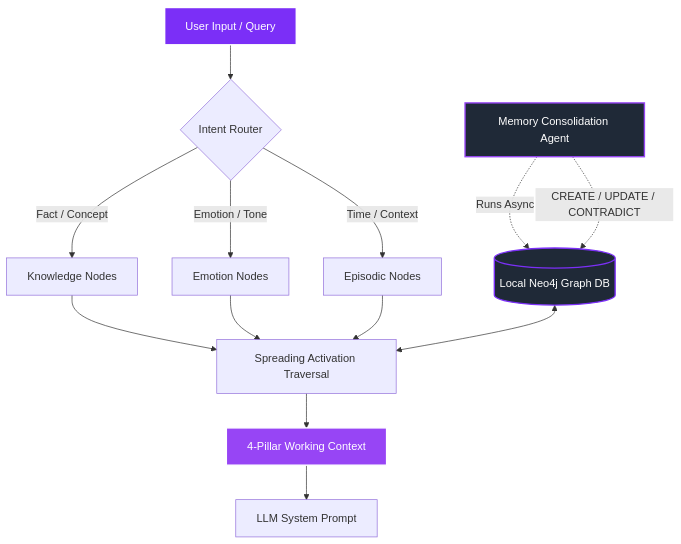
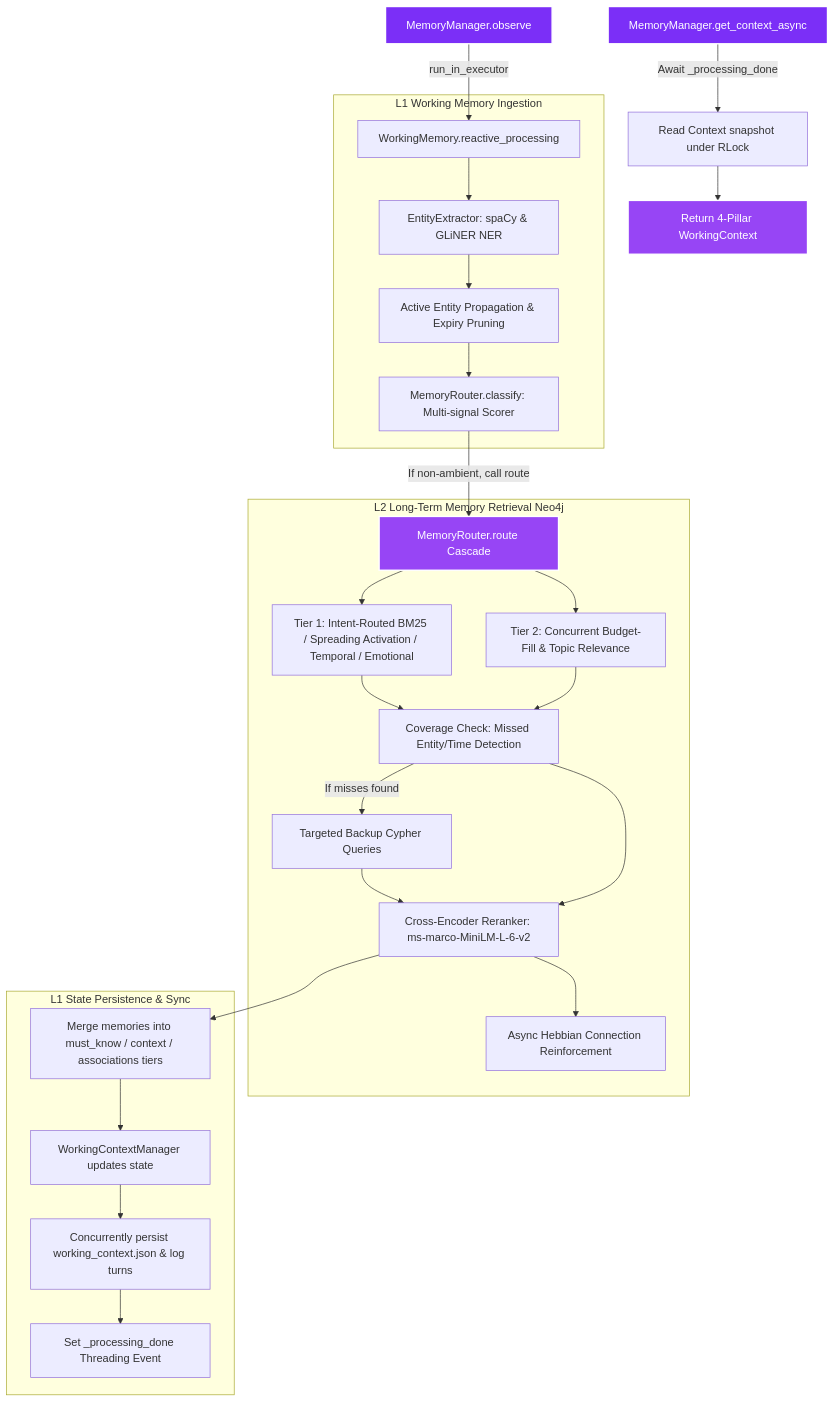
Before and after one commit to zafar-TechWizard/zafar-TechWizard: the first of 2 diagrams in README.md, drawn with Mermaid. The commit also changed other lines of this file, not shown here.

Commit message:
docs: update project showcases in README with detailed cognitive memory architecture and agentic loop diagrams

````diff
--- a/README.md
+++ b/README.md
@@ -51,25 +51,39 @@
 ```mermaid
 graph TD
-    %% Query Flow
-    UserQuery[User Input / Query] --> IntentRouter{Intent Router}
-    IntentRouter -->|Fact / Concept| FactPath[Knowledge Nodes]
-    IntentRouter -->|Emotion / Tone| EmotionPath[Emotion Nodes]
-    IntentRouter -->|Time / Context| TemporalPath[Episodic Nodes]
+    %% Ingestion Gate
+    Observe[MemoryManager.observe] -->|run_in_executor| Reactive[WorkingMemory.reactive_processing]
     
-    FactPath --> SpreadingActivation[Spreading Activation Traversal]
-    EmotionPath --> SpreadingActivation
-    TemporalPath --> SpreadingActivation
+    subgraph L1 Working Memory Ingestion
+        Reactive --> Extraction[EntityExtractor: spaCy & GLiNER NER]
+        Extraction --> Propagate[Active Entity Propagation & Expiry Pruning]
+        Propagate --> IntentClass[MemoryRouter.classify: Multi-signal Scorer]
+    end
+
+    IntentClass -->|If non-ambient, call route| RouteCascade[MemoryRouter.route Cascade]
+
+    subgraph L2 Long-Term Memory Retrieval Neo4j
+        RouteCascade --> Tier1[Tier 1: Intent-Routed BM25 / Spreading Activation / Temporal / Emotional]
+        RouteCascade --> Tier2[Tier 2: Concurrent Budget-Fill & Topic Relevance]
+        Tier1 & Tier2 --> Coverage[Coverage Check: Missed Entity/Time Detection]
+        Coverage -->|If misses found| Backups[Targeted Backup Cypher Queries]
+        Backups & Coverage --> Rerank[Cross-Encoder Reranker: ms-marco-MiniLM-L-6-v2]
+        Rerank --> Reinforce[Async Hebbian Connection Reinforcement]
+    end
+
+    Rerank --> Merge[Merge memories into must_know / context / associations tiers]
     
-    SpreadingActivation --> ContextSynthesis[4-Pillar Working Context]
-    ContextSynthesis --> SystemPrompt[LLM System Prompt]
+    subgraph L1 State Persistence & Sync
+        Merge --> WCUpdate[WorkingContextManager updates state]
+        WCUpdate --> Persist[Concurrently persist working_context.json & log turns]
+        Persist --> DoneEvent[Set _processing_done Threading Event]
+    end
 
-    %% Database & Background Consolidator
-    ConsolidationAgent[Memory Consolidation Agent] -. Runs Async .-> Neo4j[(Local Neo4j Graph DB)]
-    Neo4j <--> SpreadingActivation
-    ConsolidationAgent -. CREATE / UPDATE / CONTRADICT .-> Neo4j
+    %% Retrieval Gate
+    GetCtx[MemoryManager.get_context_async] -->|Await _processing_done| GetSnapshot[Read Context snapshot under RLock]
+    GetSnapshot --> ReturnCtx[Return 4-Pillar WorkingContext]
 
-    style UserQuery fill:#7B2FF7,stroke:#fff,stroke-width:2px,color:#fff
-    style ContextSynthesis fill:#9745F5,stroke:#fff,stroke-width:2px,color:#fff
-    style Neo4j fill:#1F2937,stroke:#7B2FF7,stroke-width:2px,color:#fff
-    style ConsolidationAgent fill:#1F2937,stroke:#9745F5,stroke-width:2px,color:#fff
+    style Observe fill:#7B2FF7,stroke:#fff,stroke-width:2px,color:#fff
+    style GetCtx fill:#7B2FF7,stroke:#fff,stroke-width:2px,color:#fff
+    style RouteCascade fill:#9745F5,stroke:#fff,stroke-width:2px,color:#fff
+    style ReturnCtx fill:#9745F5,stroke:#fff,stroke-width:2px,color:#fff
 ```
````
